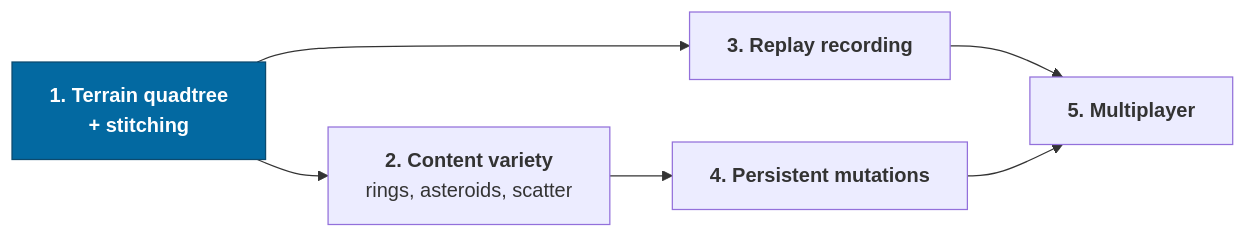
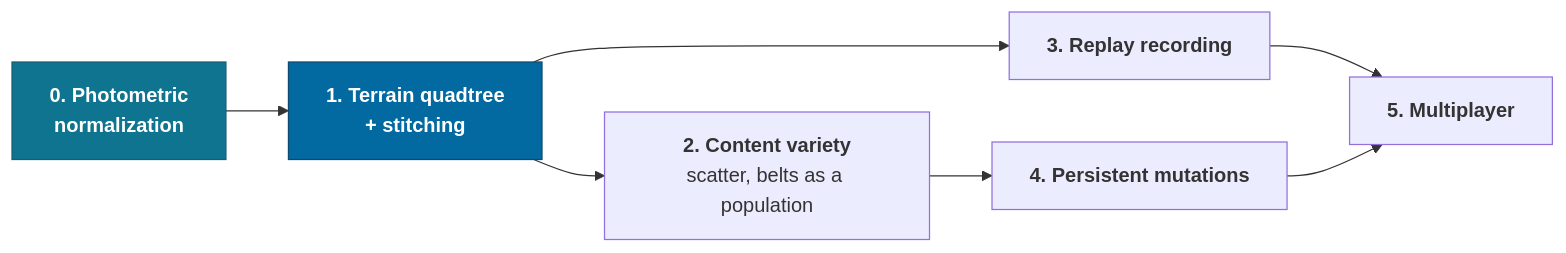
One commit to jonjaques/inertialref changed the third of 3 diagrams in docs/roadmap.md. Above: the diagram before and after it, drawn with Mermaid. The commit also changed other lines of this file and 125 other files, not shown here.

````diff
--- a/docs/roadmap.md
+++ b/docs/roadmap.md
@@ -393,10 +478,12 @@
 ```mermaid
 flowchart LR
-    T["<b>1. Terrain quadtree<br/>+ stitching</b>"] --> W["<b>2. Content variety</b><br/>rings, asteroids, scatter"]
+    T["<b>1. Terrain quadtree<br/>+ stitching</b>"] --> W["<b>2. Content variety</b><br/>scatter, belts as a population"]
     T --> P["<b>3. Replay recording</b>"]
     W --> M["<b>4. Persistent mutations</b>"]
     P --> N["<b>5. Multiplayer</b>"]
     M --> N
+    L["<b>0. Photometric<br/>normalization</b>"] --> T
 
     style T fill:#0369a1,stroke:#0c4a6e,color:#fff
+    style L fill:#0e7490,stroke:#155e75,color:#fff
 ```
````
